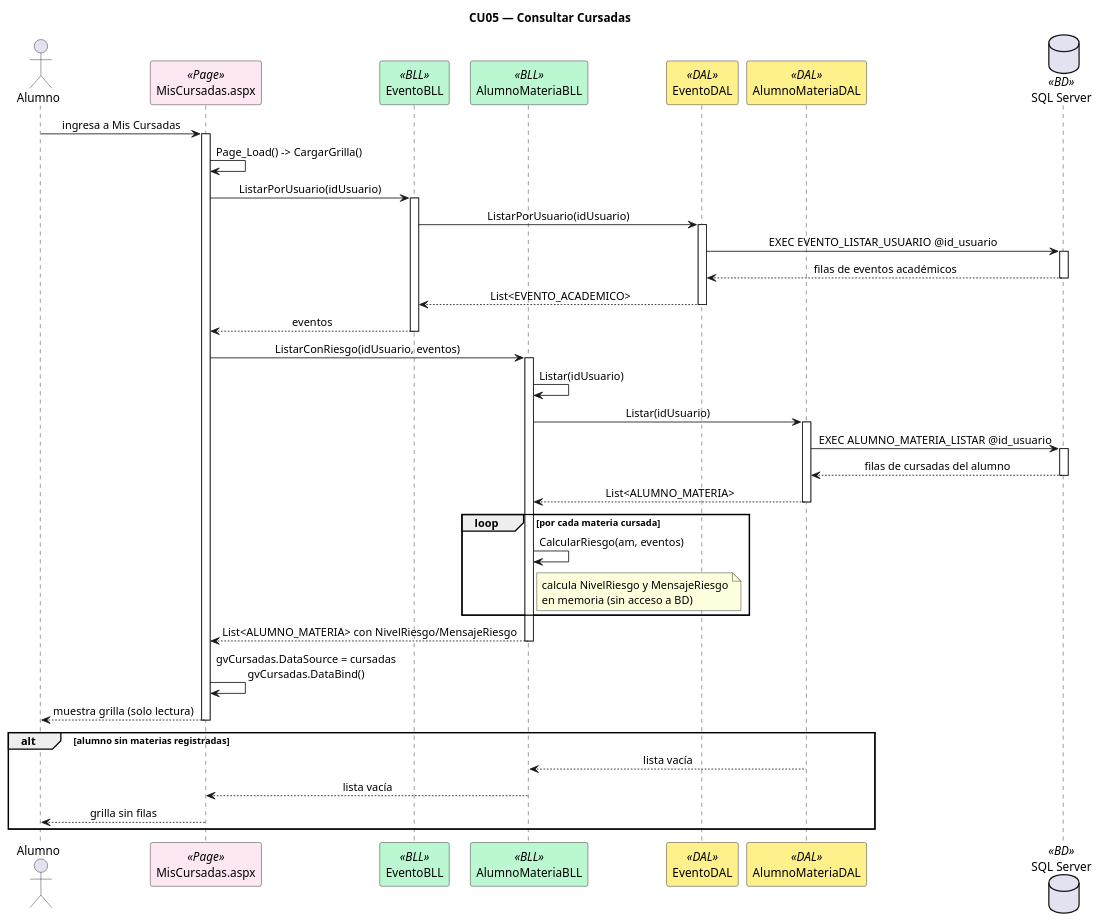
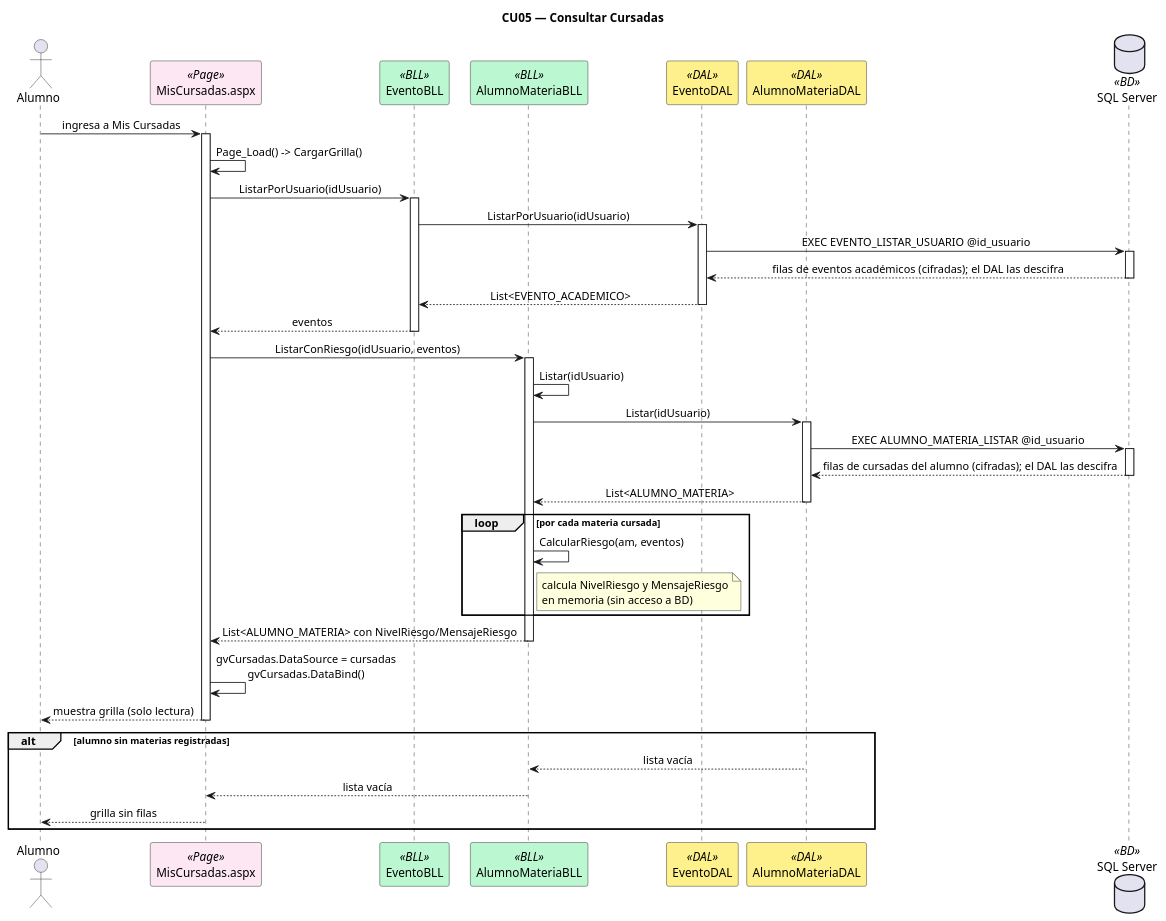
Before and after one commit to Urrels/tpDYAWeb: the diagram in DIAGRAMAS/Secuencia_CU05_ConsultarCursadas.puml, drawn with PlantUML. The commit also changed 16 other files, not shown here.

```diff
--- a/DIAGRAMAS/Secuencia_CU05_ConsultarCursadas.puml
+++ b/DIAGRAMAS/Secuencia_CU05_ConsultarCursadas.puml
@@ -1,70 +1,70 @@
 @startuml Secuencia_CU05_ConsultarCursadas
 title CU05 — Consultar Cursadas
 skinparam sequenceMessageAlign center
 skinparam shadowing false
 skinparam sequenceParticipant {
     BackgroundColor<<Page>> #FCE7F3
     BackgroundColor<<BLL>> #BBF7D0
     BackgroundColor<<DAL>> #FEF08A
     BackgroundColor<<BD>> #DBEAFE
 }
 
 actor Alumno as A
 participant "MisCursadas.aspx" as PAGE <<Page>>
 participant "EventoBLL" as BLLEVT <<BLL>>
 participant "AlumnoMateriaBLL" as BLLAM <<BLL>>
 participant "EventoDAL" as DALEVT <<DAL>>
 participant "AlumnoMateriaDAL" as DALAM <<DAL>>
 database "SQL Server" as DB <<BD>>
 
 A -> PAGE : ingresa a Mis Cursadas
 activate PAGE
 PAGE -> PAGE : Page_Load() -> CargarGrilla()
 
 PAGE -> BLLEVT : ListarPorUsuario(idUsuario)
 activate BLLEVT
 BLLEVT -> DALEVT : ListarPorUsuario(idUsuario)
 activate DALEVT
 DALEVT -> DB : EXEC EVENTO_LISTAR_USUARIO @id_usuario
 activate DB
-DB --> DALEVT : filas de eventos académicos
+DB --> DALEVT : filas de eventos académicos (cifradas); el DAL las descifra
 deactivate DB
 DALEVT --> BLLEVT : List<EVENTO_ACADEMICO>
 deactivate DALEVT
 BLLEVT --> PAGE : eventos
 deactivate BLLEVT
 
 PAGE -> BLLAM : ListarConRiesgo(idUsuario, eventos)
 activate BLLAM
 BLLAM -> BLLAM : Listar(idUsuario)
 BLLAM -> DALAM : Listar(idUsuario)
 activate DALAM
 DALAM -> DB : EXEC ALUMNO_MATERIA_LISTAR @id_usuario
 activate DB
-DB --> DALAM : filas de cursadas del alumno
+DB --> DALAM : filas de cursadas del alumno (cifradas); el DAL las descifra
 deactivate DB
 DALAM --> BLLAM : List<ALUMNO_MATERIA>
 deactivate DALAM
 
 loop por cada materia cursada
   BLLAM -> BLLAM : CalcularRiesgo(am, eventos)
   note right of BLLAM
     calcula NivelRiesgo y MensajeRiesgo
     en memoria (sin acceso a BD)
   end note
 end
 
 BLLAM --> PAGE : List<ALUMNO_MATERIA> con NivelRiesgo/MensajeRiesgo
 deactivate BLLAM
 
 PAGE -> PAGE : gvCursadas.DataSource = cursadas\ngvCursadas.DataBind()
 PAGE --> A : muestra grilla (solo lectura)
 deactivate PAGE
 
 alt alumno sin materias registradas
   DALAM --> BLLAM : lista vacía
   BLLAM --> PAGE : lista vacía
   PAGE --> A : grilla sin filas
 end
 
 @enduml
```
